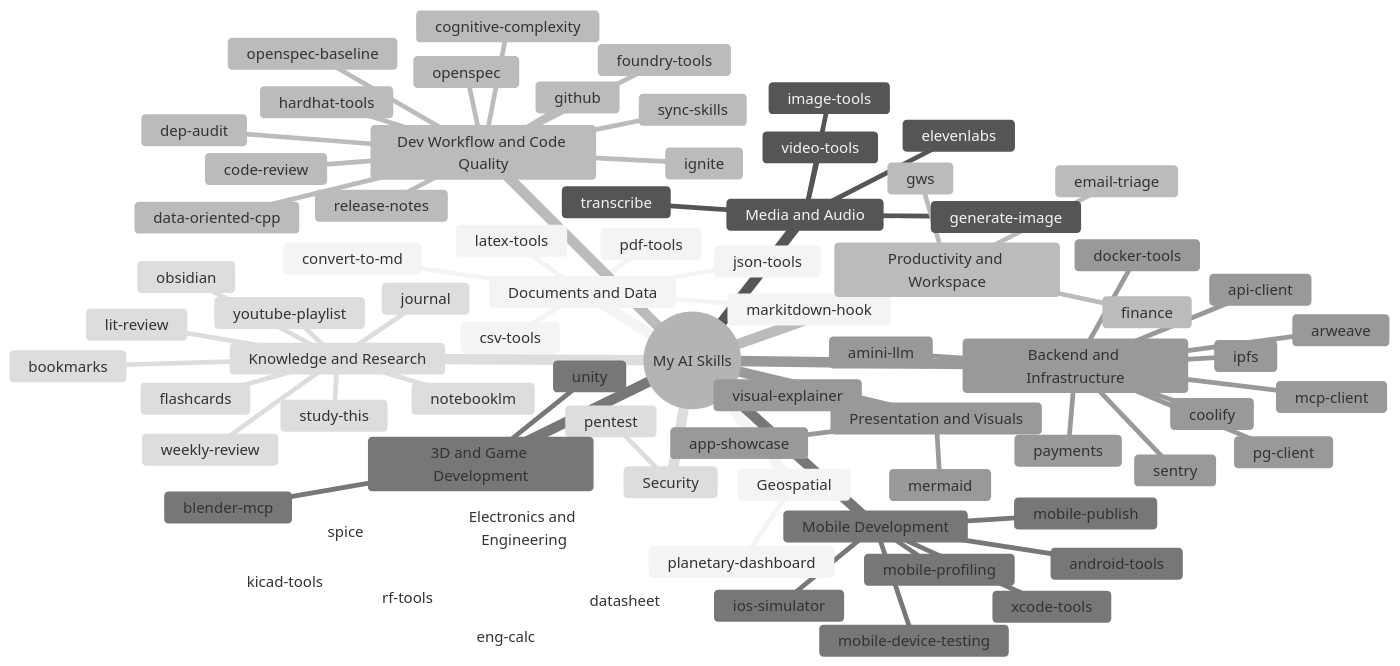
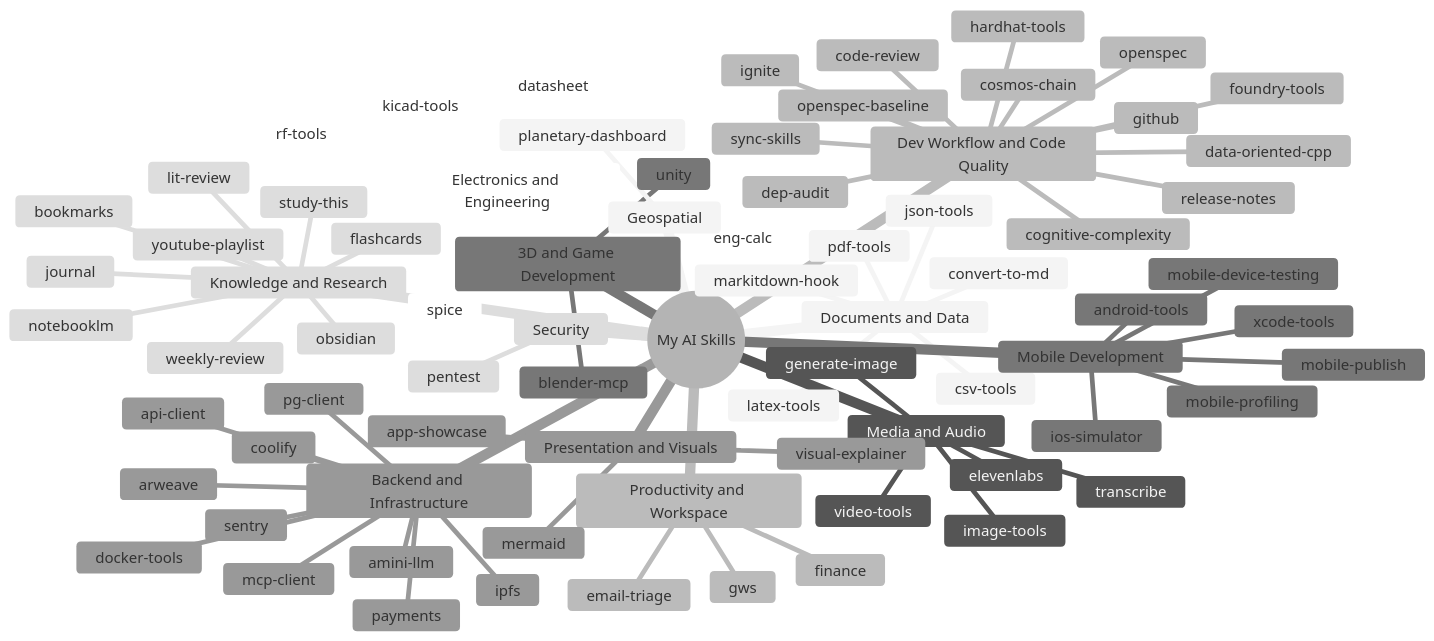
One commit to leonardoaraujosantos/my_ai_skills changed the diagram in README.md. Above: the diagram before and after it, drawn with Mermaid (neutral theme). The commit also changed other lines of this file and 31 other files, not shown here.

First line of the commit message:
Add cosmos-chain skill for any Cosmos SDK / Cosmos EVM chain (#25)

````diff
--- a/README.md
+++ b/README.md
@@ -9,79 +9,80 @@
 ```mermaid
 mindmap
   root((My AI Skills))
     Documents and Data
       convert-to-md
       csv-tools
       json-tools
       latex-tools
       markitdown-hook
       pdf-tools
     Media and Audio
       elevenlabs
       generate-image
       image-tools
       transcribe
       video-tools
     Dev Workflow and Code Quality
       code-review
       cognitive-complexity
+      cosmos-chain
       data-oriented-cpp
       dep-audit
       foundry-tools
       github
       hardhat-tools
       ignite
       openspec
       openspec-baseline
       release-notes
       sync-skills
     Mobile Development
       android-tools
       ios-simulator
       mobile-device-testing
       mobile-profiling
       mobile-publish
       xcode-tools
     Backend and Infrastructure
       amini-llm
       api-client
       arweave
       coolify
       docker-tools
       ipfs
       mcp-client
       payments
       pg-client
       sentry
     Security
       pentest
     Electronics and Engineering
       datasheet
       eng-calc
       kicad-tools
       rf-tools
       spice
     Knowledge and Research
       bookmarks
       flashcards
       journal
       lit-review
       notebooklm
       obsidian
       study-this
       weekly-review
       youtube-playlist
     Productivity and Workspace
       email-triage
       finance
       gws
     Presentation and Visuals
       app-showcase
       mermaid
       visual-explainer
     3D and Game Development
       blender-mcp
       unity
     Geospatial
       planetary-dashboard
 ```
````
